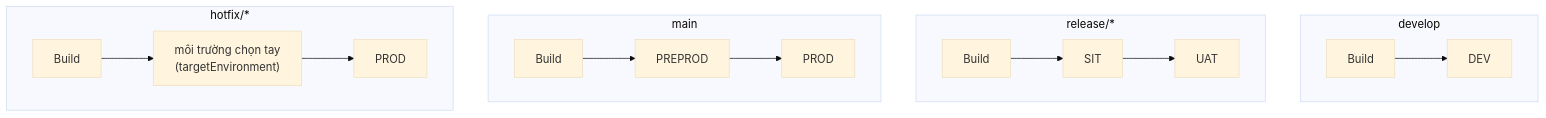
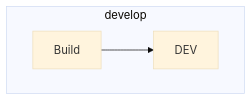
Before and after one commit to qlap04/KRT-run-app: the second of 2 diagrams in docs/SETUP_vi.md, drawn with Mermaid (base theme). The commit also changed other lines of this file and 7 other files, not shown here.

````diff
--- a/docs/SETUP_vi.md
+++ b/docs/SETUP_vi.md
@@ -68,15 +62,6 @@
 ```mermaid
 flowchart TD
   subgraph develop
     D1[Build] --> D2[DEV]
   end
-  subgraph "release/*"
-    R1[Build] --> R2[SIT] --> R3[UAT]
-  end
-  subgraph main
-    M1[Build] --> M2[PREPROD] --> M3[PROD]
-  end
-  subgraph "hotfix/*"
-    H1[Build] --> H2["môi trường chọn tay<br/>(targetEnvironment)"] --> H3[PROD]
-  end
 ```
````
